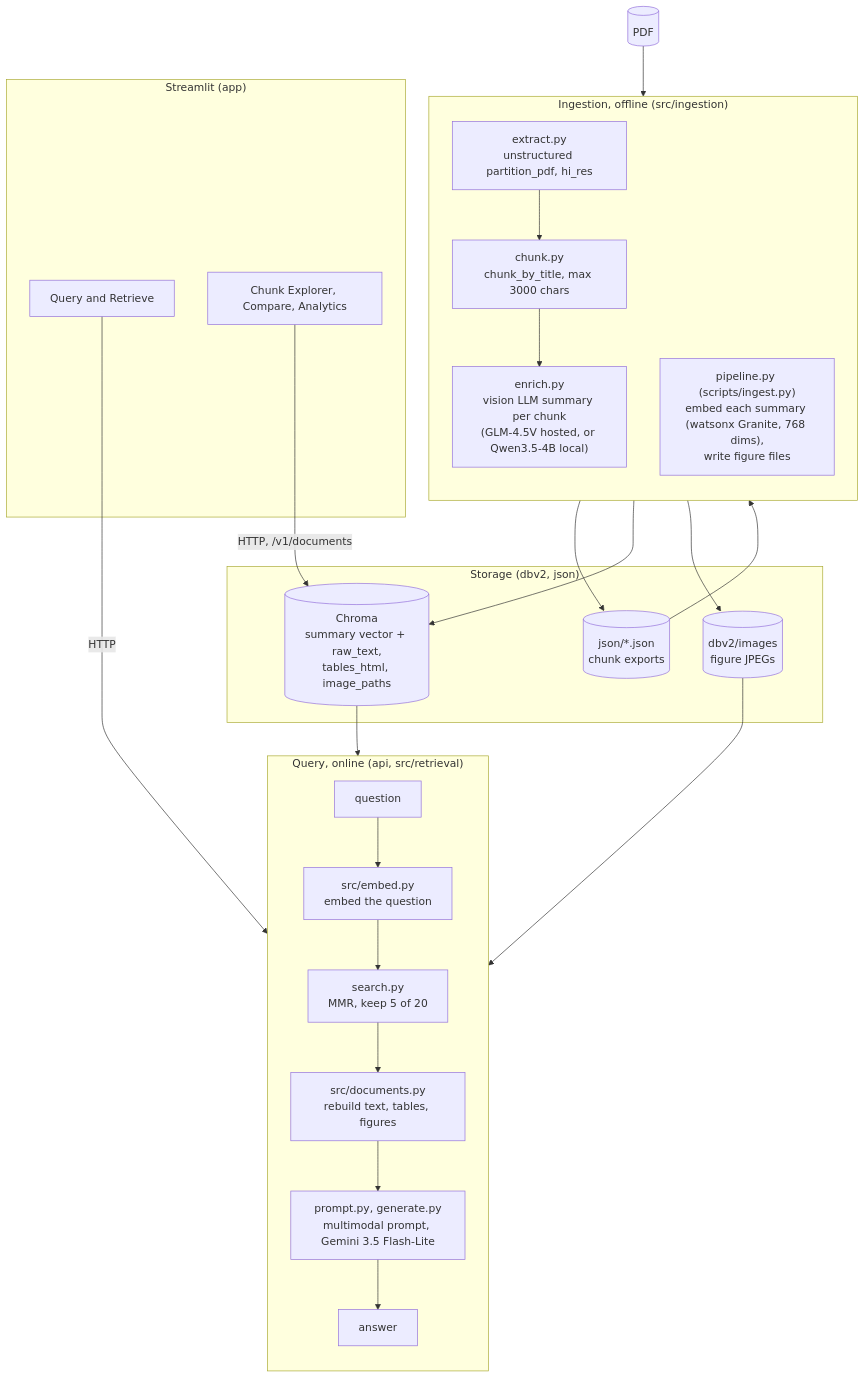
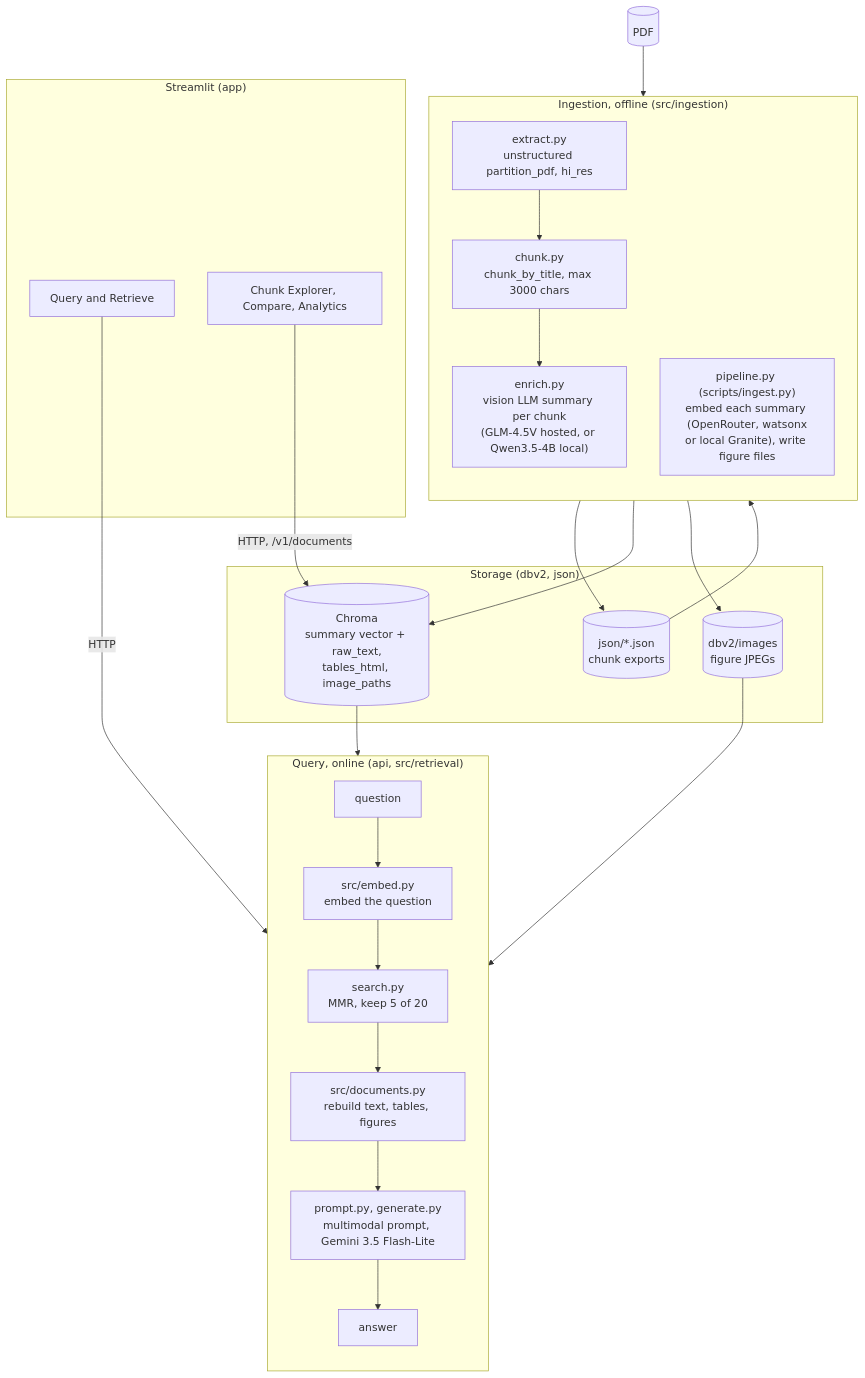
Before and after one commit to amehnd/Ki-Craft: the diagram in README.md, drawn with Mermaid. The commit also changed other lines of this file, not shown here.

````diff
--- a/README.md
+++ b/README.md
@@ -290,45 +59,45 @@
 ```mermaid
 flowchart TB
     PDF[("PDF")]
 
     subgraph Ingestion["Ingestion, offline (src/ingestion)"]
         direction TB
         PART["extract.py<br/>unstructured partition_pdf, hi_res"]
         CHUNK["chunk.py<br/>chunk_by_title, max 3000 chars"]
         ENRICH["enrich.py<br/>vision LLM summary per chunk<br/>(GLM-4.5V hosted, or Qwen3.5-4B local)"]
-        BUILD["pipeline.py (scripts/ingest.py)<br/>embed each summary (watsonx Granite, 768 dims),<br/>write figure files"]
+        BUILD["pipeline.py (scripts/ingest.py)<br/>embed each summary (OpenRouter, watsonx<br/>or local Granite), write figure files"]
         PART --> CHUNK --> ENRICH
     end
 
     subgraph Storage["Storage (dbv2, json)"]
         CHROMA[("Chroma<br/>summary vector + raw_text,<br/>tables_html, image_paths")]
         IMAGES[("dbv2/images<br/>figure JPEGs")]
         JSON[("json/*.json<br/>chunk exports")]
     end
 
     subgraph Query["Query, online (api, src/retrieval)"]
         direction TB
         Q["question"]
         EMBED_Q["src/embed.py<br/>embed the question"]
         MMR["search.py<br/>MMR, keep 5 of 20"]
         REBUILD["src/documents.py<br/>rebuild text, tables, figures"]
         GEN["prompt.py, generate.py<br/>multimodal prompt, Gemini 3.5 Flash-Lite"]
         ANSWER["answer"]
         Q --> EMBED_Q --> MMR --> REBUILD --> GEN --> ANSWER
     end
 
     subgraph UI["Streamlit (app)"]
         CHAT["Query and Retrieve"]
         EXPLORE["Chunk Explorer, Compare, Analytics"]
     end
 
     PDF --> PART
     ENRICH --> JSON
     JSON --> BUILD
     BUILD --> CHROMA
     BUILD --> IMAGES
     CHROMA --> MMR
     IMAGES --> REBUILD
     CHAT -- "HTTP" --> Q
     EXPLORE -- "HTTP, /v1/documents" --> CHROMA
 ```
````
